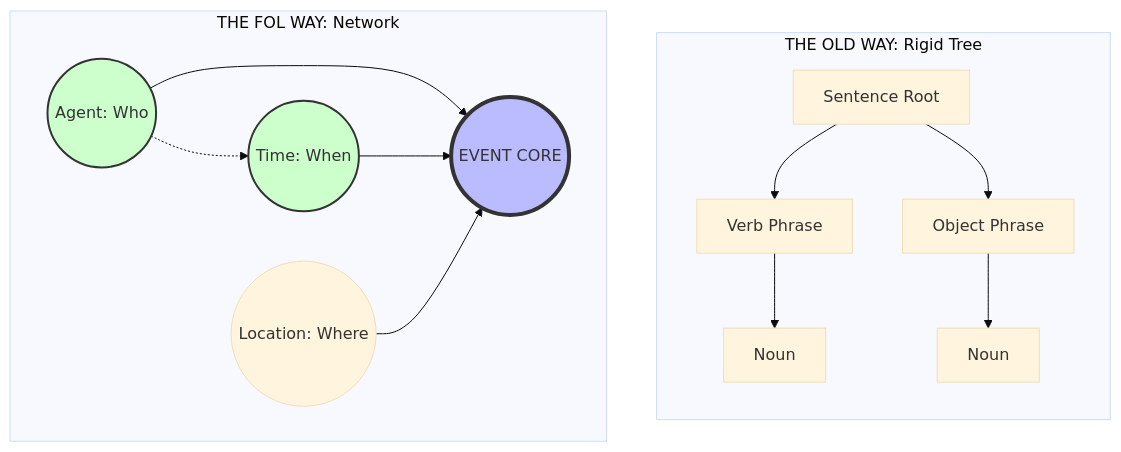
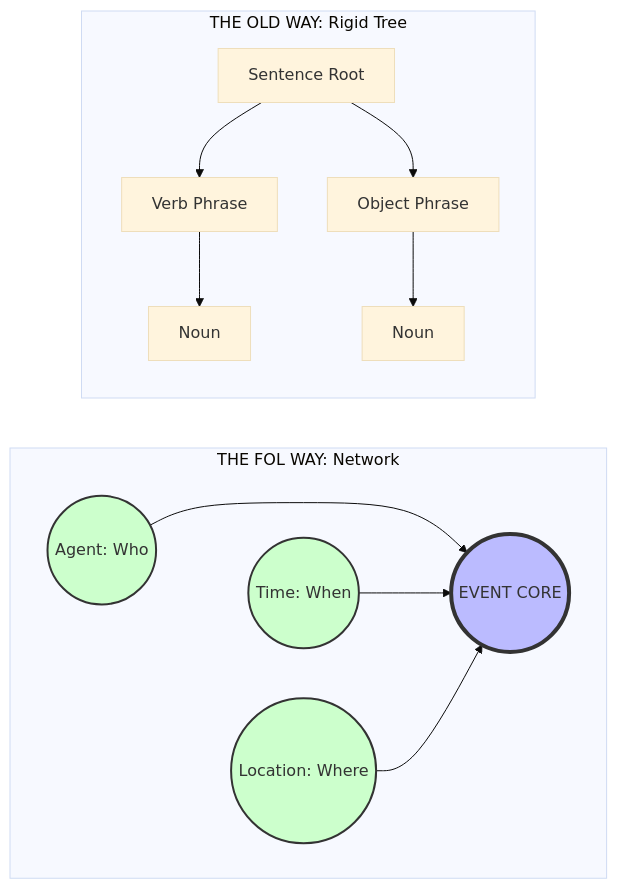
The diagram in README.md (kedi-kat/Free-Order-Logic), drawn with Mermaid (base theme) before and after one commit. The commit also changed other lines of this file, not shown here.

````diff
--- a/README.md
+++ b/README.md
@@ -34,28 +42,29 @@
 ```mermaid
 graph TD
     subgraph OLD_WAY [THE OLD WAY: Rigid Tree]
         direction TB
         Root[Sentence Root] --> Verb[Verb Phrase]
         Root --> Object[Object Phrase]
         Verb --> V_Noun[Noun]
         Object --> O_Noun[Noun]
     end
 
+    %% This hidden link forces the second box to stay BELOW the first one
+    OLD_WAY ~~~ FOL_WAY
+
     subgraph FOL_WAY [THE FOL WAY: Network]
         direction LR
         Core((EVENT CORE))
         Agent((Agent: Who))
         Time((Time: When))
         Loc((Location: Where))
         
-        Agent --> Core
-        Time --> Core
-        Loc --> Core
-        
-        Agent -.-> Time
+        Agent & Time & Loc --> Core
+        Agent ~~~ Time
     end
     
     style Core fill:#bbf,stroke:#333,stroke-width:4px
     style Agent fill:#cfc,stroke:#333,stroke-width:2px
     style Time fill:#cfc,stroke:#333,stroke-width:2px
+    style Loc fill:#cfc,stroke:#333,stroke-width:2px
 ```
````
